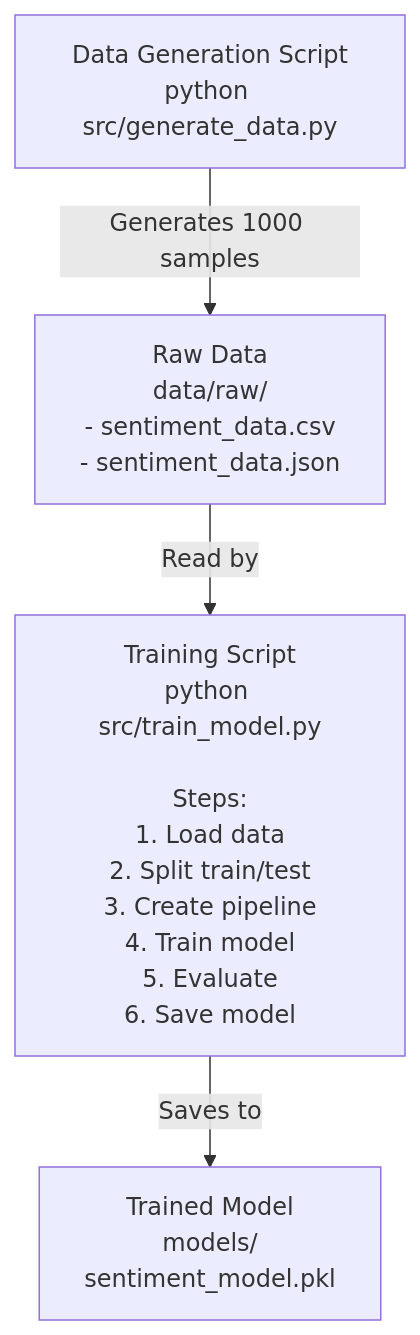
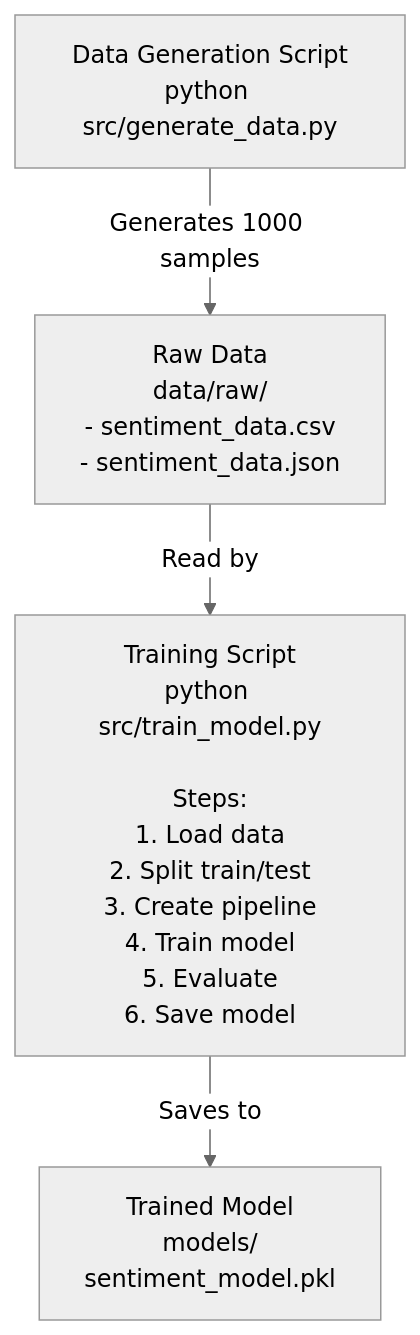
Before and after one commit to r39132/learn-seldon-core-v1: the fourth of 5 diagrams in docs/ARCHITECTURE.md, drawn with Mermaid. The commit also changed other lines of this file and 1 other file, not shown here.

First line of the commit message:
Add neutral theme to Mermaid diagrams for better dark mode support

````diff
--- a/docs/ARCHITECTURE.md
+++ b/docs/ARCHITECTURE.md
@@ -107,11 +110,12 @@
 ```mermaid
+%%{init: {'theme':'neutral'}}%%
 flowchart TD
     GenScript["Data Generation Script<br/>python src/generate_data.py"]
     RawData["Raw Data<br/>data/raw/<br/>- sentiment_data.csv<br/>- sentiment_data.json"]
     TrainScript["Training Script<br/>python src/train_model.py<br/><br/>Steps:<br/>1. Load data<br/>2. Split train/test<br/>3. Create pipeline<br/>4. Train model<br/>5. Evaluate<br/>6. Save model"]
     TrainedModel["Trained Model<br/>models/<br/>sentiment_model.pkl"]
 
     GenScript -->|Generates 1000 samples| RawData
     RawData -->|Read by| TrainScript
     TrainScript -->|Saves to| TrainedModel
 ```
````
